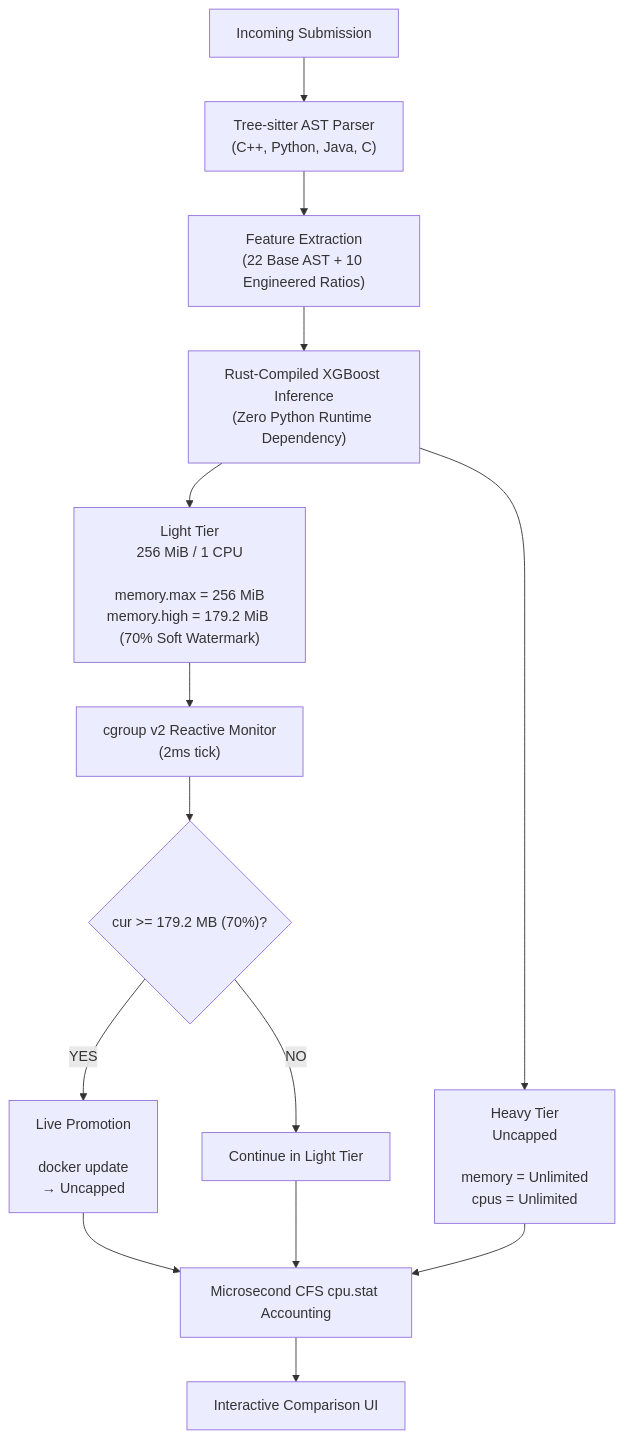
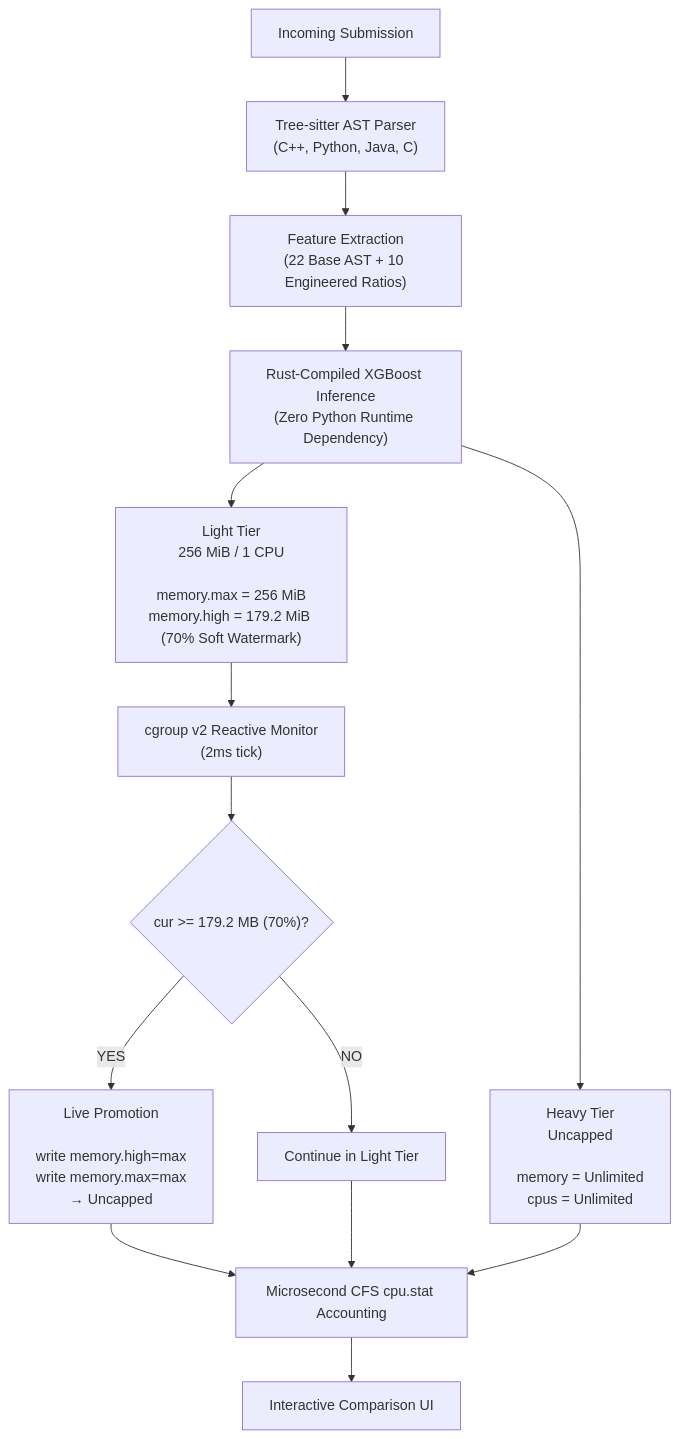
Before and after one commit to Dhanush-M-1/RAAS-OCJS-1: the diagram in README.md, drawn with Mermaid. The commit also changed other lines of this file and 10 other files, not shown here.

````diff
--- a/README.md
+++ b/README.md
@@ -52,24 +52,24 @@
 ```mermaid
 flowchart TD
     A["Incoming Submission"]
     B["Tree-sitter AST Parser<br/>(C++, Python, Java, C)"]
     C["Feature Extraction<br/>(22 Base AST + 10 Engineered Ratios)"]
     D["Rust-Compiled XGBoost Inference<br/>(Zero Python Runtime Dependency)"]
 
     A --> B --> C --> D
 
     D --> E["Light Tier<br/>256 MiB / 1 CPU<br/><br/>memory.max = 256 MiB<br/>memory.high = 179.2 MiB (70% Soft Watermark)"]
     D --> F["Heavy Tier<br/>Uncapped<br/><br/>memory = Unlimited<br/>cpus = Unlimited"]
 
     E --> G["cgroup v2 Reactive Monitor<br/>(2ms tick)"]
     G --> H{"cur >= 179.2 MB (70%)?"}
 
-    H -->|YES| I["Live Promotion<br/><br/>docker update<br/>→ Uncapped"]
+    H -->|YES| I["Live Promotion<br/><br/>write memory.high=max<br/>write memory.max=max<br/>→ Uncapped"]
     H -->|NO| J["Continue in Light Tier"]
 
     I --> K["Microsecond CFS cpu.stat Accounting"]
     J --> K
     F --> K
 
     K --> L["Interactive Comparison UI"]
 ```
````
